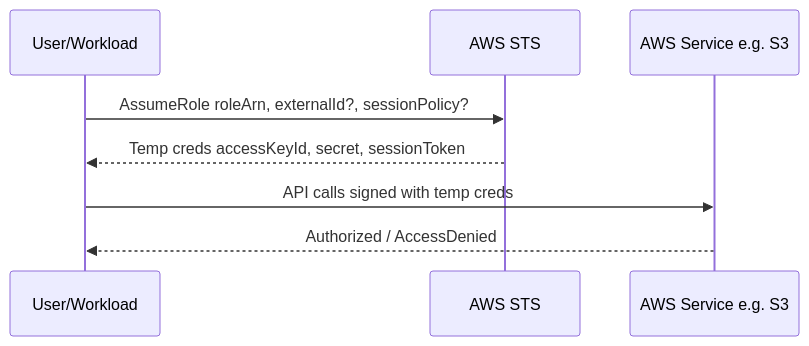
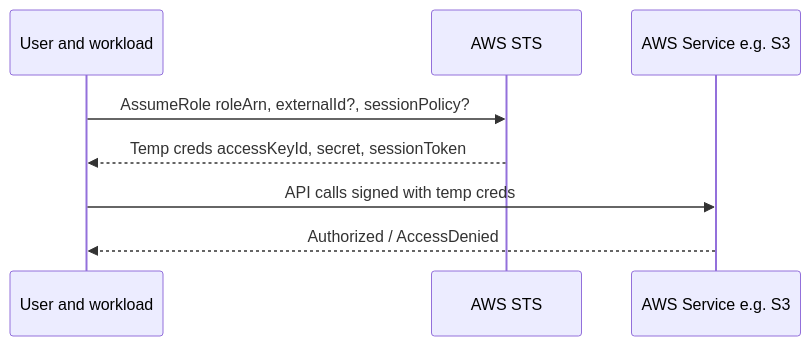
The second of 3 diagrams in aws-saa/week01-domain01-secure-architectures/day01/01-theory.md (niceguy61/aws-saa-lecture-2026), drawn with Mermaid before and after one commit. The commit also changed other lines of this file and 9 other files, not shown here.

Commit message:
Normalize mermaid labels to avoid special-char parse issues

````diff
--- a/aws-saa/week01-domain01-secure-architectures/day01/01-theory.md
+++ b/aws-saa/week01-domain01-secure-architectures/day01/01-theory.md
@@ -70,10 +70,10 @@
 ```mermaid
 sequenceDiagram
-  participant U as User/Workload
+  participant U as User and workload
   participant STS as AWS STS
   participant S as AWS Service e.g. S3
   U->>STS: AssumeRole roleArn, externalId?, sessionPolicy?
   STS-->>U: Temp creds accessKeyId, secret, sessionToken
   U->>S: API calls signed with temp creds
   S-->>U: Authorized / AccessDenied
 ```
````
